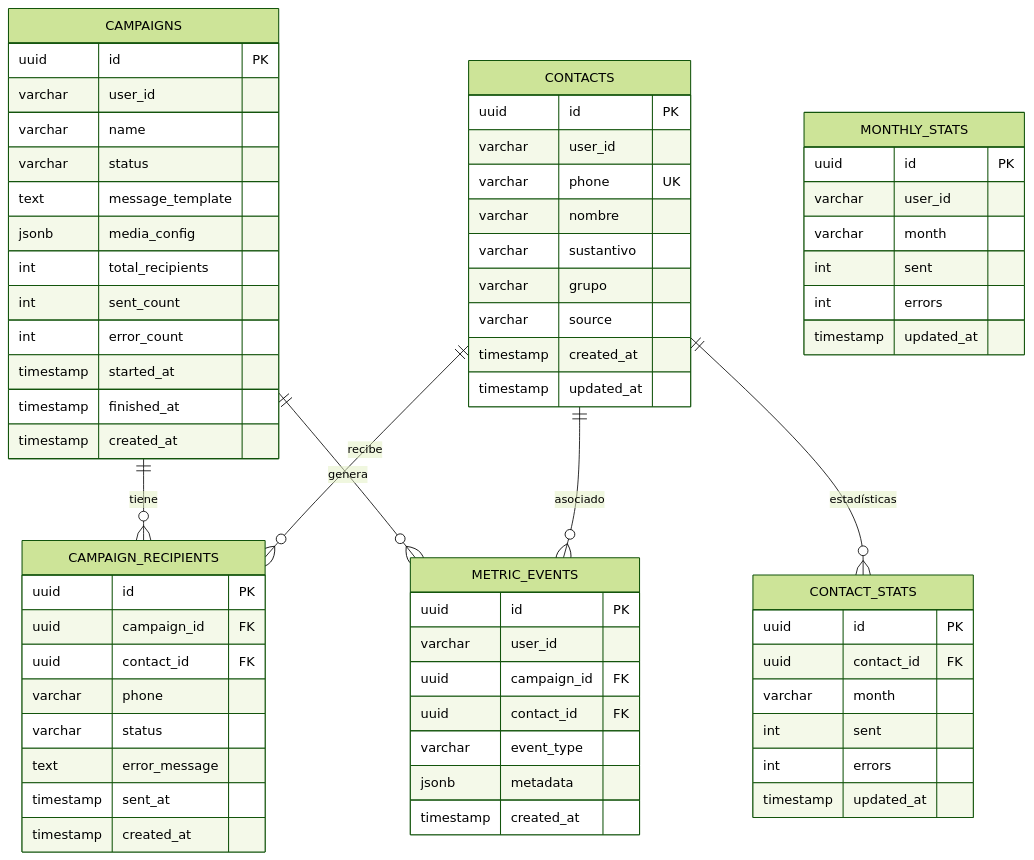
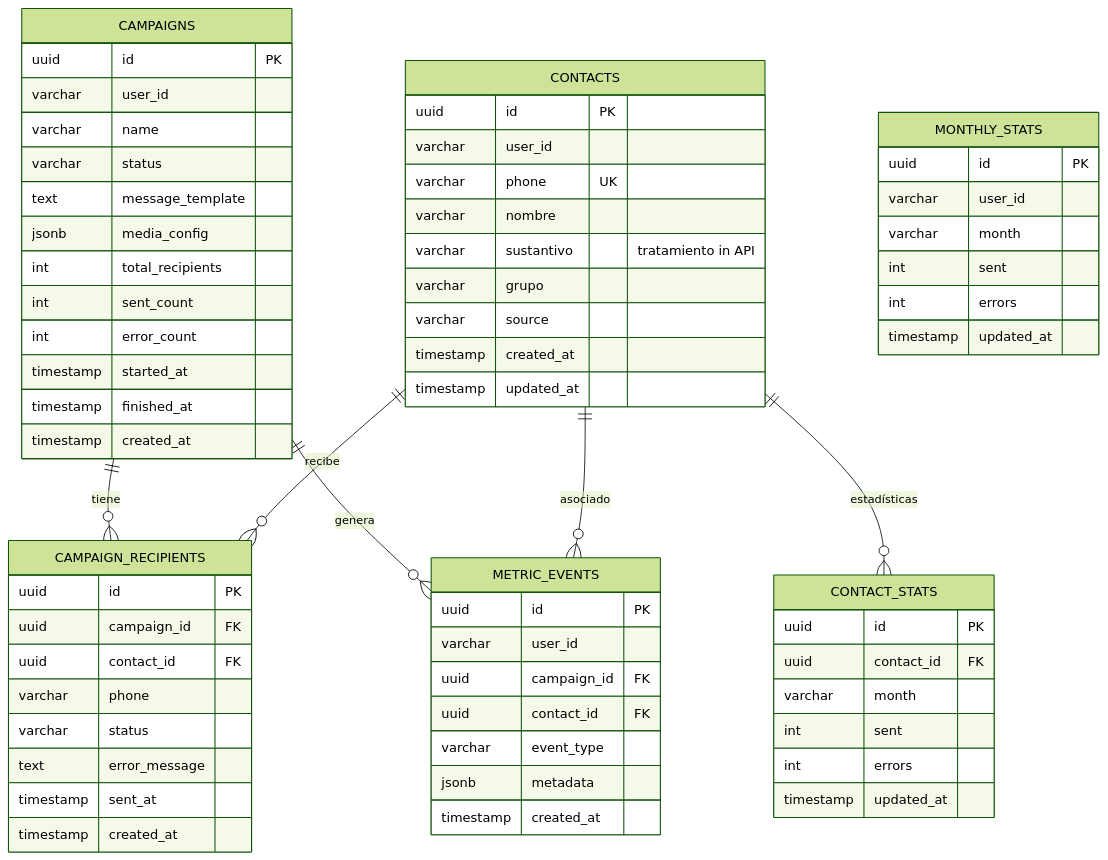
Before and after one commit to poravv/message-sender: the ninth of 14 diagrams in docs/ARCHITECTURE.md, drawn with Mermaid (forest theme). The commit also changed 10 other files, not shown here.

````diff
--- a/docs/ARCHITECTURE.md
+++ b/docs/ARCHITECTURE.md
@@ -295,74 +295,74 @@
 ```mermaid
 erDiagram
     CONTACTS {
         uuid id PK
         varchar user_id
         varchar phone UK
         varchar nombre
-        varchar sustantivo
+        varchar sustantivo "tratamiento in API"
         varchar grupo
         varchar source
         timestamp created_at
         timestamp updated_at
     }
     
     CAMPAIGNS {
         uuid id PK
         varchar user_id
         varchar name
         varchar status
         text message_template
         jsonb media_config
         int total_recipients
         int sent_count
         int error_count
         timestamp started_at
         timestamp finished_at
         timestamp created_at
     }
     
     CAMPAIGN_RECIPIENTS {
         uuid id PK
         uuid campaign_id FK
         uuid contact_id FK
         varchar phone
         varchar status
         text error_message
         timestamp sent_at
         timestamp created_at
     }
     
     METRIC_EVENTS {
         uuid id PK
         varchar user_id
         uuid campaign_id FK
         uuid contact_id FK
         varchar event_type
         jsonb metadata
         timestamp created_at
     }
     
     MONTHLY_STATS {
         uuid id PK
         varchar user_id
         varchar month
         int sent
         int errors
         timestamp updated_at
     }
     
     CONTACT_STATS {
         uuid id PK
         uuid contact_id FK
         varchar month
         int sent
         int errors
         timestamp updated_at
     }
     
     CAMPAIGNS ||--o{ CAMPAIGN_RECIPIENTS : "tiene"
     CONTACTS ||--o{ CAMPAIGN_RECIPIENTS : "recibe"
     CAMPAIGNS ||--o{ METRIC_EVENTS : "genera"
     CONTACTS ||--o{ METRIC_EVENTS : "asociado"
     CONTACTS ||--o{ CONTACT_STATS : "estadísticas"
 ```
````
